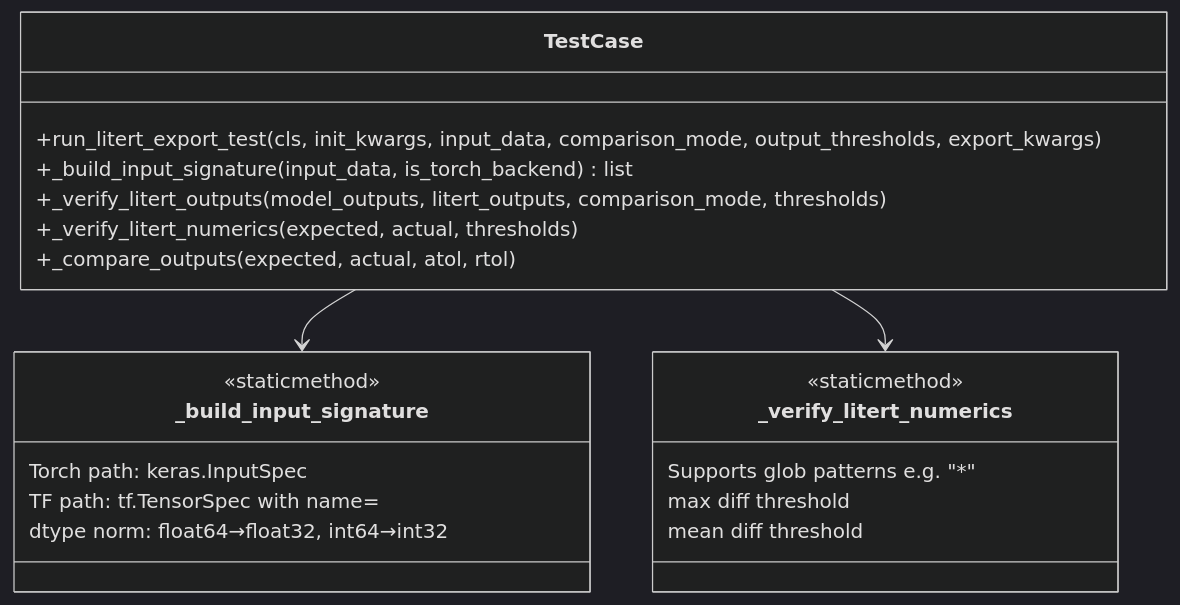
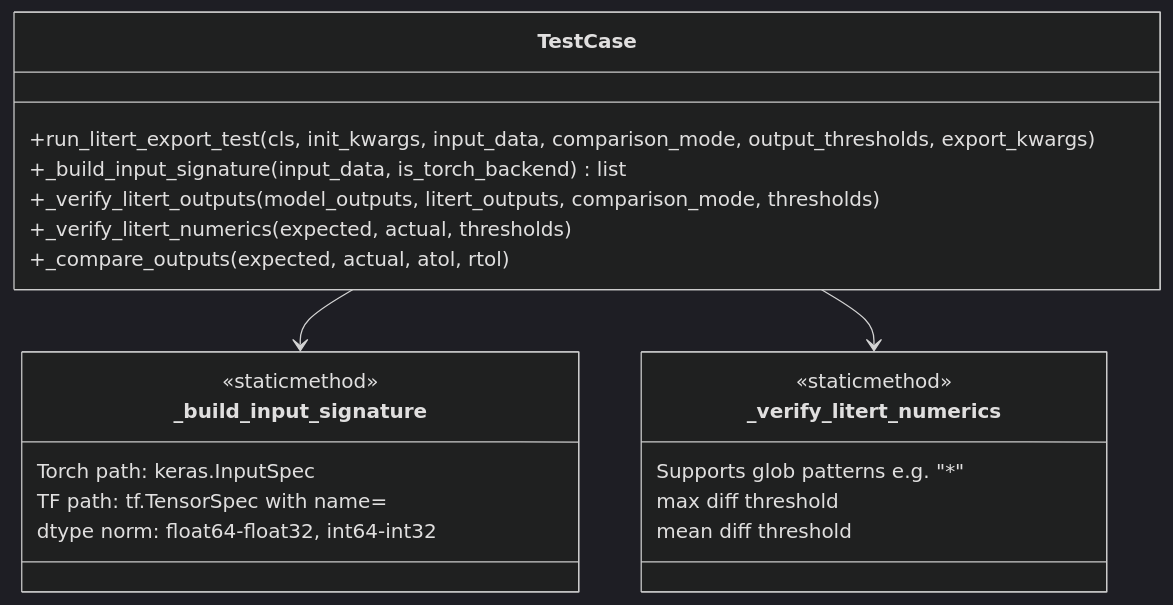
The second of 2 diagrams in PR_DESCRIPTION.md (keras-team/keras-hub), drawn with Mermaid (dark theme) before and after one commit. The commit also changed other lines of this file, not shown here.

Commit message:
Fix Mermaid diagram rendering: replace emoji and arrows with text alternatives

````diff
--- a/PR_DESCRIPTION.md
+++ b/PR_DESCRIPTION.md
@@ -93,27 +94,27 @@
 ```mermaid
 classDiagram
     class TestCase {
         +run_litert_export_test(cls, init_kwargs, input_data, comparison_mode, output_thresholds, export_kwargs)
         +_build_input_signature(input_data, is_torch_backend) list
         +_verify_litert_outputs(model_outputs, litert_outputs, comparison_mode, thresholds)
         +_verify_litert_numerics(expected, actual, thresholds)
         +_compare_outputs(expected, actual, atol, rtol)
     }
 
     class _build_input_signature {
         <<staticmethod>>
         Torch path: keras.InputSpec
         TF path: tf.TensorSpec with name=
-        dtype norm: float64→float32, int64→int32
+        dtype norm: float64-float32, int64-int32
     }
 
     class _verify_litert_numerics {
         <<staticmethod>>
         Supports glob patterns e.g. "*"
         max diff threshold
         mean diff threshold
     }
 
     TestCase --> _build_input_signature
     TestCase --> _verify_litert_numerics
 ```
````
